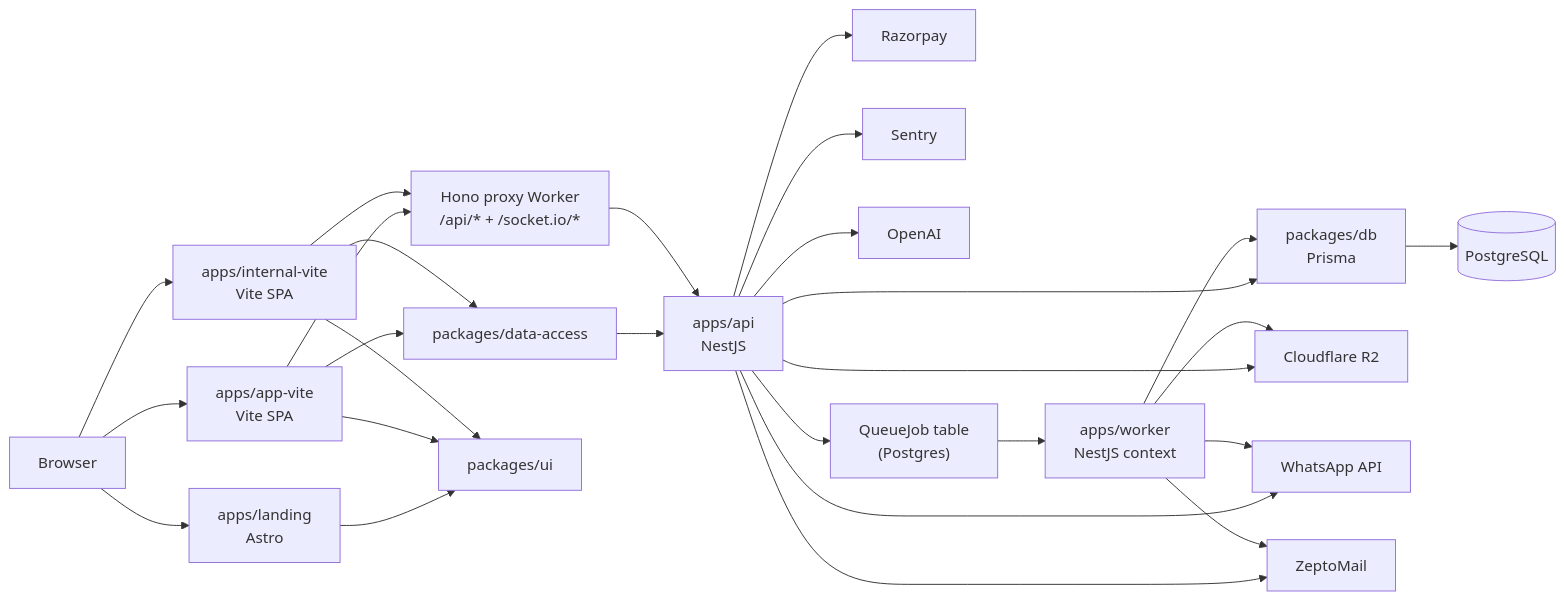
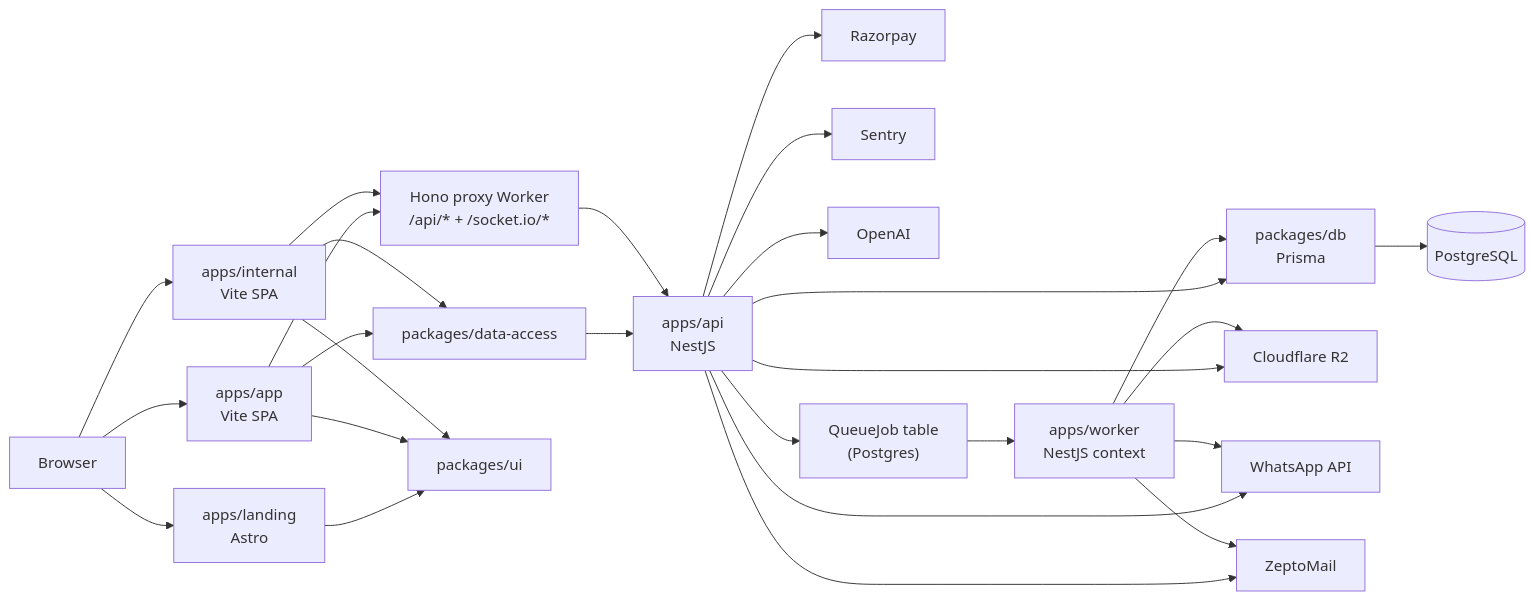
One commit to CVamsi27/docita changed the diagram in docs/architecture/ARCHITECTURE.md. Above: the diagram before and after it, drawn with Mermaid. The commit also changed other lines of this file and 1744 other files, not shown here.

First line of the commit message:
refactor: canonical rename app-vite -> app, internal-vite -> internal (P3.3)

````diff
--- a/docs/architecture/ARCHITECTURE.md
+++ b/docs/architecture/ARCHITECTURE.md
@@ -20,16 +20,16 @@
 ```mermaid
 flowchart LR
-  Browser --> App["apps/app-vite\nVite SPA"] & Internal["apps/internal-vite\nVite SPA"] & Landing["apps/landing\nAstro"]
+  Browser --> App["apps/app\nVite SPA"] & Internal["apps/internal\nVite SPA"] & Landing["apps/landing\nAstro"]
   App & Internal --> DA["packages/data-access"] --> API["apps/api\nNestJS"]
   App & Internal --> Proxy["Hono proxy Worker\n/api/* + /socket.io/*"]
   Proxy --> API
   Landing --> UI["packages/ui"]
   App & Internal --> UI
 
   API --> DB["packages/db\nPrisma"] --> PG[("PostgreSQL")]
   API --> R2["Cloudflare R2"]
   API --> Razorpay & WhatsApp["WhatsApp API"] & ZeptoMail & Sentry & OpenAI
   API --> JobQueue["QueueJob table\n(Postgres)"]
   JobQueue --> Worker["apps/worker\nNestJS context"]
   Worker --> DB & R2 & WhatsApp & ZeptoMail
 ```
````
